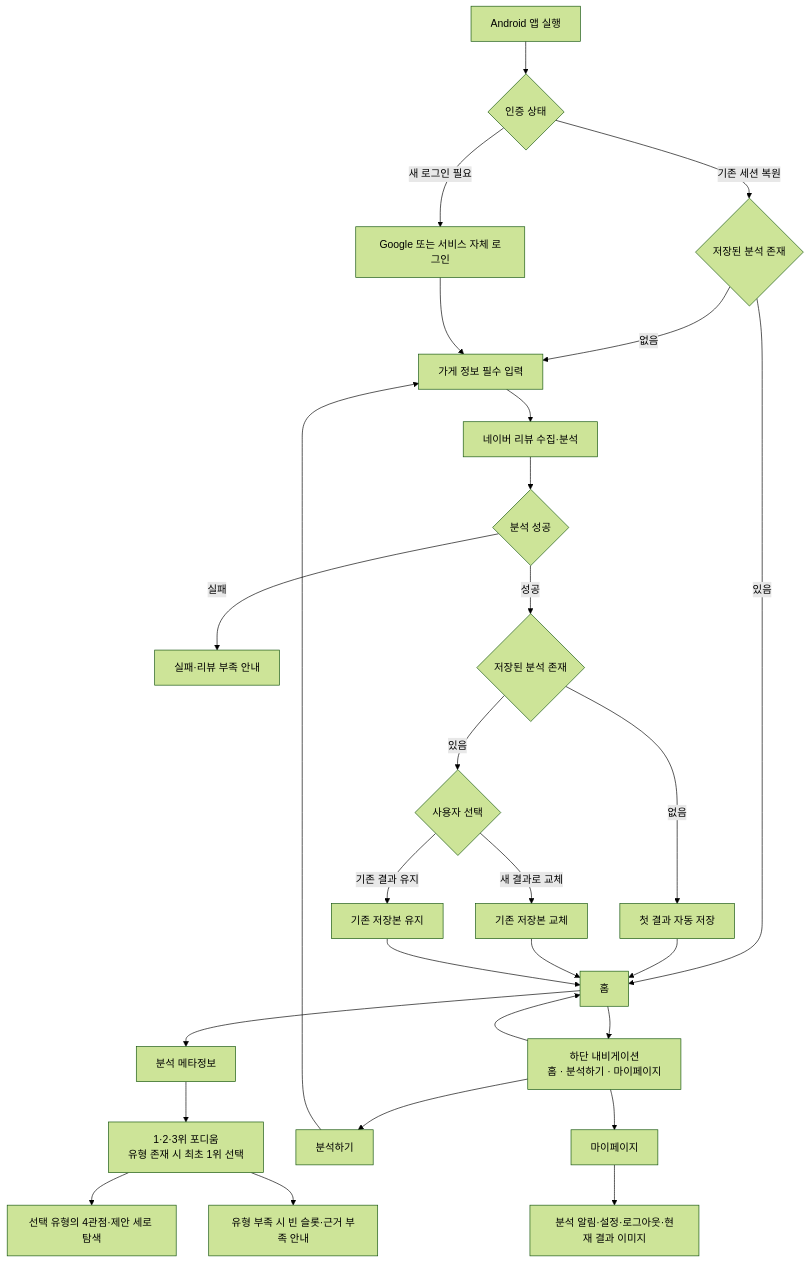
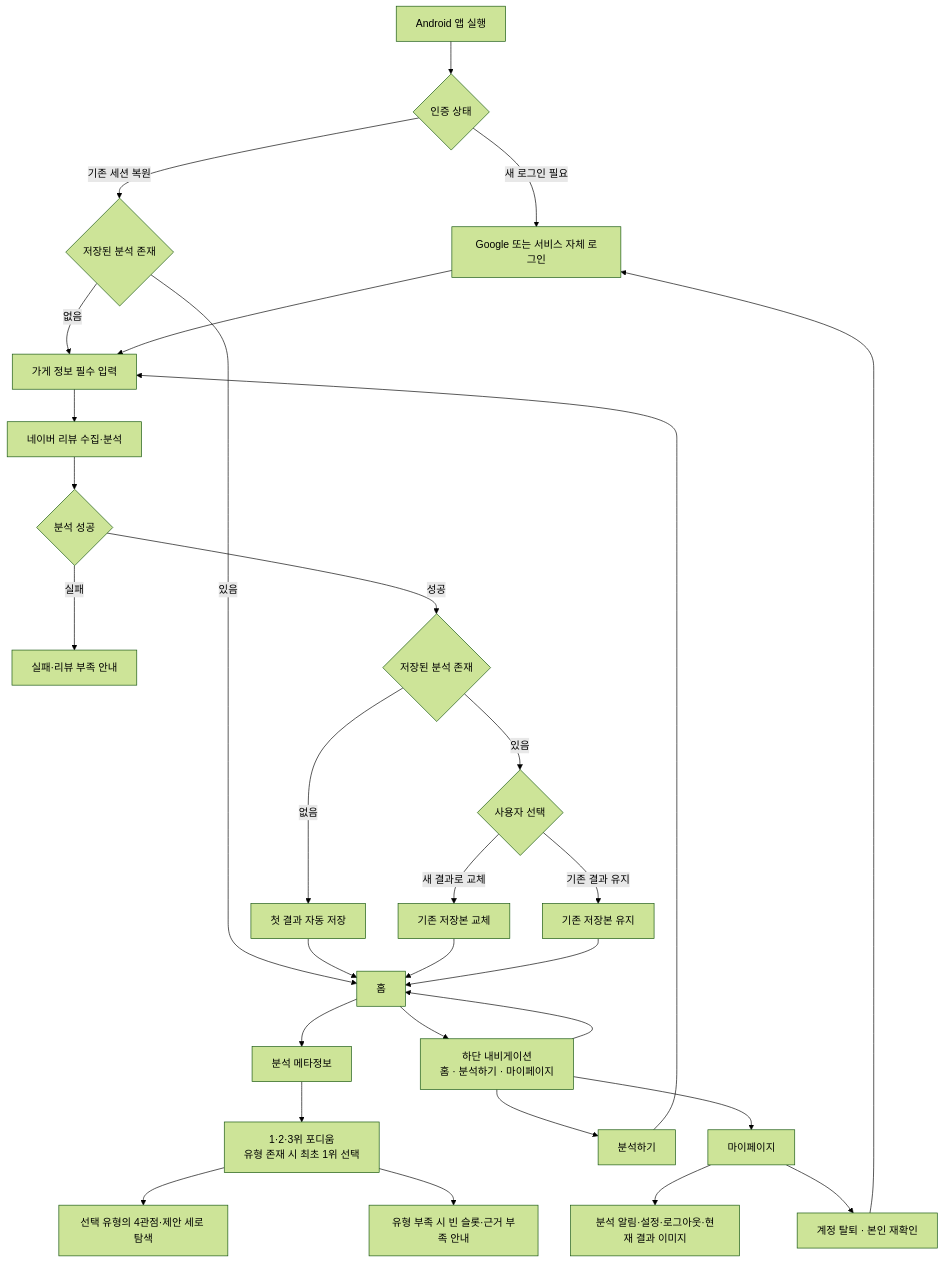
Before and after one commit to SKUnohtaekyung/PULSE_SCC: the diagram in docs/product/requirements/USER_FLOW.md, drawn with Mermaid (forest theme). The commit also changed other lines of this file and 9 other files, not shown here.

````diff
--- a/docs/product/requirements/USER_FLOW.md
+++ b/docs/product/requirements/USER_FLOW.md
@@ -35,30 +35,32 @@
 ```mermaid
 flowchart TD
     A[Android 앱 실행] --> B{인증 상태}
     B -- 새 로그인 필요 --> C[Google 또는 서비스 자체 로그인]
     B -- 기존 세션 복원 --> Z{저장된 분석 존재}
     Z -- 있음 --> H[홈]
     Z -- 없음 --> D
     C --> D[가게 정보 필수 입력]
     D --> E[네이버 리뷰 수집·분석]
     E --> F{분석 성공}
     F -- 실패 --> G[실패·리뷰 부족 안내]
     F -- 성공 --> S{저장된 분석 존재}
     S -- 없음 --> T[첫 결과 자동 저장]
     T --> H
     S -- 있음 --> U{사용자 선택}
     U -- 새 결과로 교체 --> V[기존 저장본 교체]
     U -- 기존 결과 유지 --> W[기존 저장본 유지]
     V --> H
     W --> H
     H --> M[분석 메타정보]
     M --> P[1·2·3위 포디움<br/>유형 존재 시 최초 1위 선택]
     P --> Q[선택 유형의 4관점·제안 세로 탐색]
     P --> P1[유형 부족 시 빈 슬롯·근거 부족 안내]
     H --> N[하단 내비게이션<br/>홈 · 분석하기 · 마이페이지]
     N --> H
     N --> X[분석하기]
     X --> D
     N --> Y[마이페이지]
     Y --> Y1[분석 알림·설정·로그아웃·현재 결과 이미지]
+    Y --> Y2[계정 탈퇴 · 본인 재확인]
+    Y2 --> C
 ```
````
